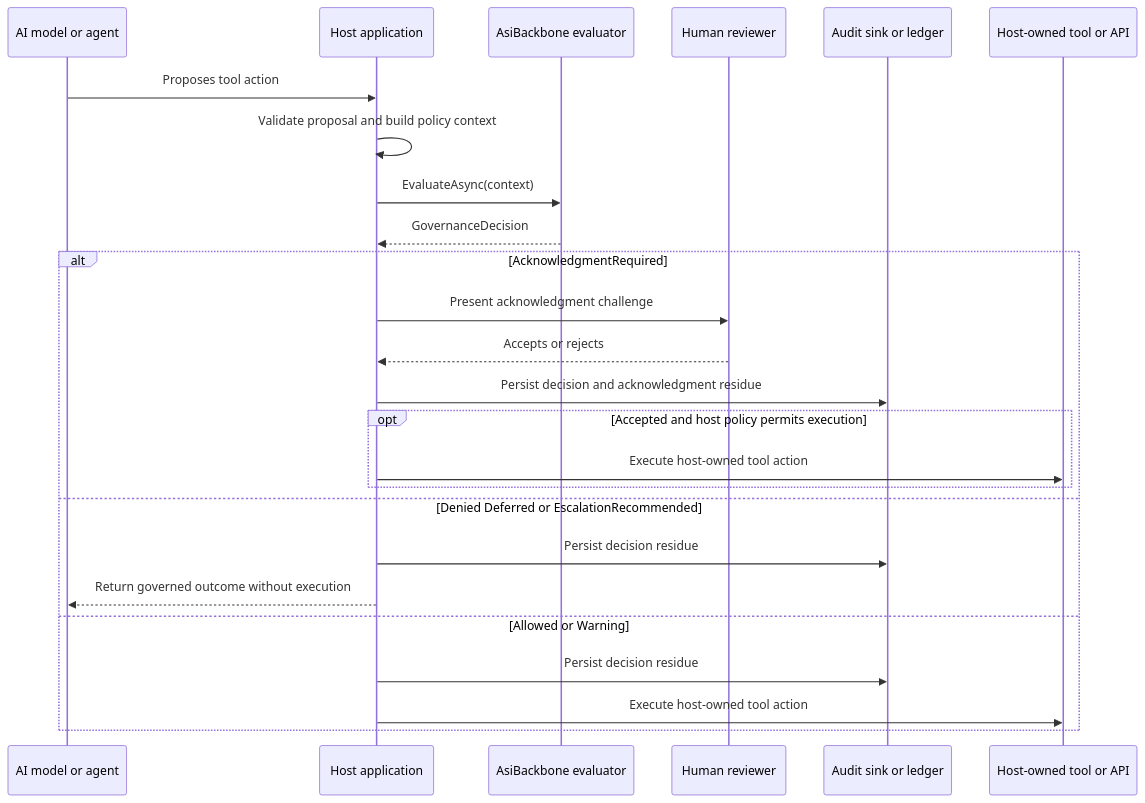
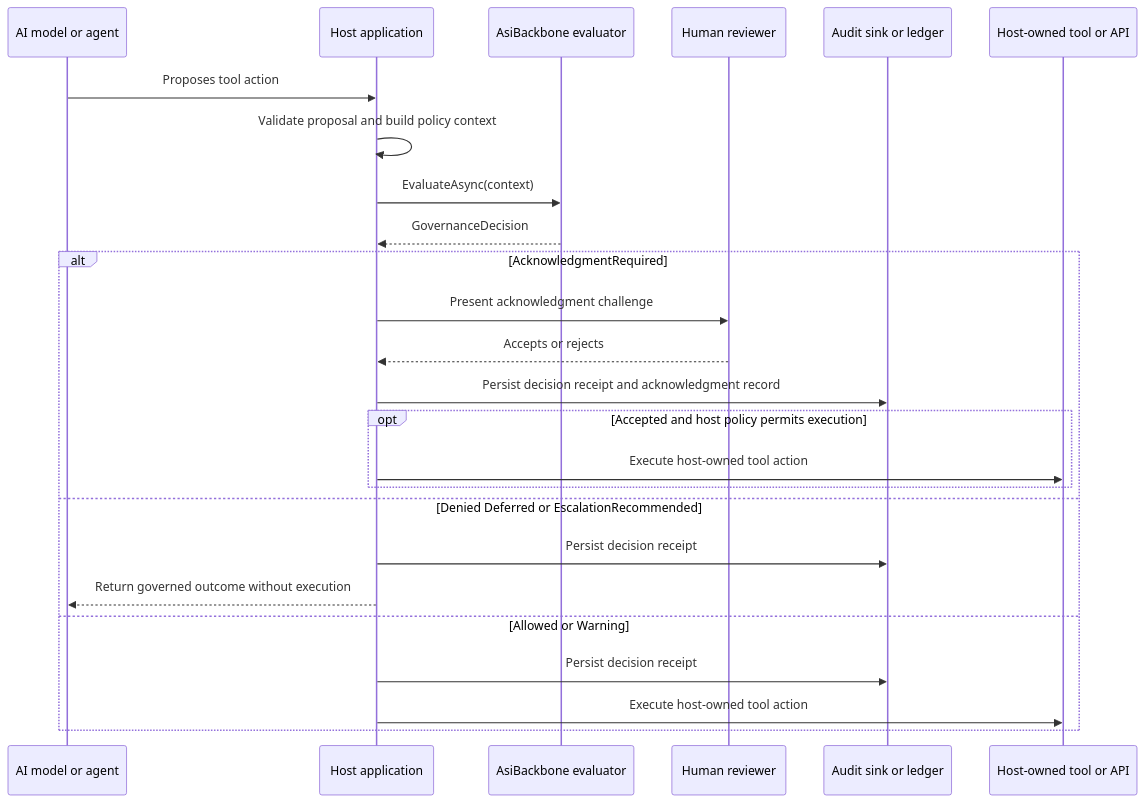
The diagram in docs/articles/scenarios/human-approval-before-ai-tool-execution.md (AsiBackbone/AsiBackbone), drawn with Mermaid before and after one commit. The commit also changed other lines of this file and 112 other files, not shown here.

````diff
--- a/docs/articles/scenarios/human-approval-before-ai-tool-execution.md
+++ b/docs/articles/scenarios/human-approval-before-ai-tool-execution.md
@@ -34,28 +34,28 @@
 ```mermaid
 sequenceDiagram
     participant AI as AI model or agent
     participant Host as Host application
     participant Backbone as AsiBackbone evaluator
     participant Human as Human reviewer
     participant Audit as Audit sink or ledger
     participant Tool as Host-owned tool or API
 
     AI->>Host: Proposes tool action
     Host->>Host: Validate proposal and build policy context
     Host->>Backbone: EvaluateAsync(context)
     Backbone-->>Host: GovernanceDecision
     alt AcknowledgmentRequired
         Host->>Human: Present acknowledgment challenge
         Human-->>Host: Accepts or rejects
-        Host->>Audit: Persist decision and acknowledgment residue
+        Host->>Audit: Persist decision receipt and acknowledgment record
         opt Accepted and host policy permits execution
             Host->>Tool: Execute host-owned tool action
         end
     else Denied Deferred or EscalationRecommended
-        Host->>Audit: Persist decision residue
+        Host->>Audit: Persist decision receipt
         Host-->>AI: Return governed outcome without execution
     else Allowed or Warning
-        Host->>Audit: Persist decision residue
+        Host->>Audit: Persist decision receipt
         Host->>Tool: Execute host-owned tool action
     end
 ```
````
